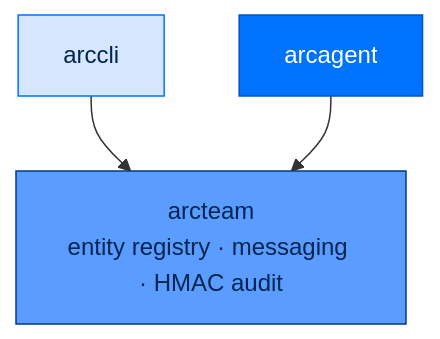
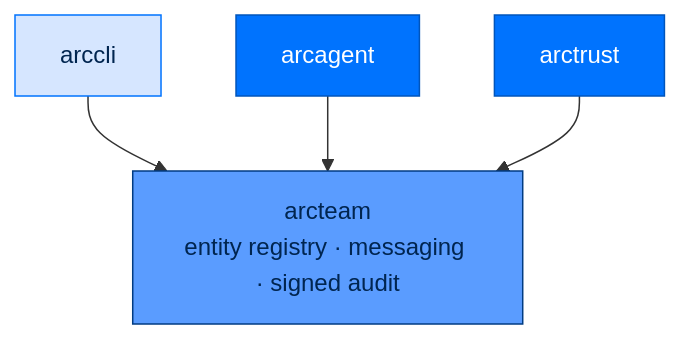
One commit to joshuamschultz/Arc changed the diagram in packages/arcteam/README.md. Above: the diagram before and after it, drawn with Mermaid. The commit also changed other lines of this file and 9 other files, not shown here.

````diff
--- a/packages/arcteam/README.md
+++ b/packages/arcteam/README.md
@@ -35,10 +35,11 @@
 ```mermaid
 flowchart TB
     classDef surface fill:#5A9CFF,stroke:#003B82,color:#002550
     classDef agent fill:#0073FE,stroke:#0055BC,color:#FFFFFF
     classDef entry fill:#D6E6FF,stroke:#0073FE,color:#002550
 
     arccli[arccli]:::entry --> arcteam
     arcagent[arcagent]:::agent --> arcteam
-    arcteam[arcteam<br/>entity registry · messaging · HMAC audit]:::surface
+    arctrust[arctrust]:::agent --> arcteam
+    arcteam[arcteam<br/>entity registry · messaging · signed audit]:::surface
 ```
````
